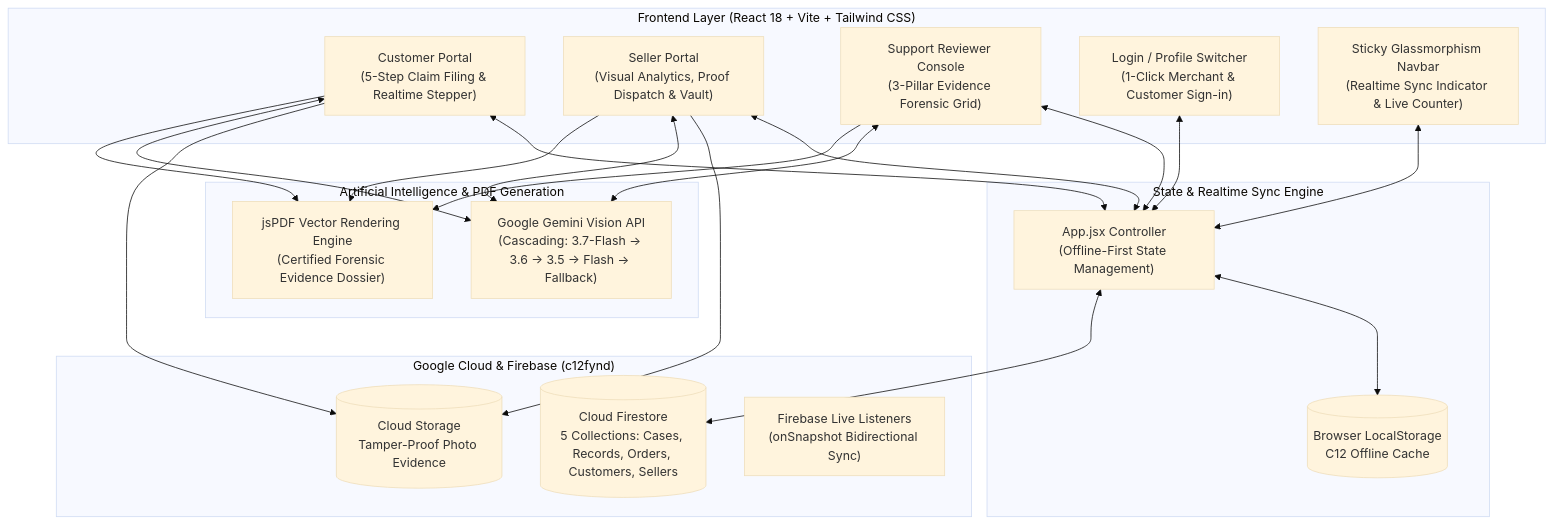
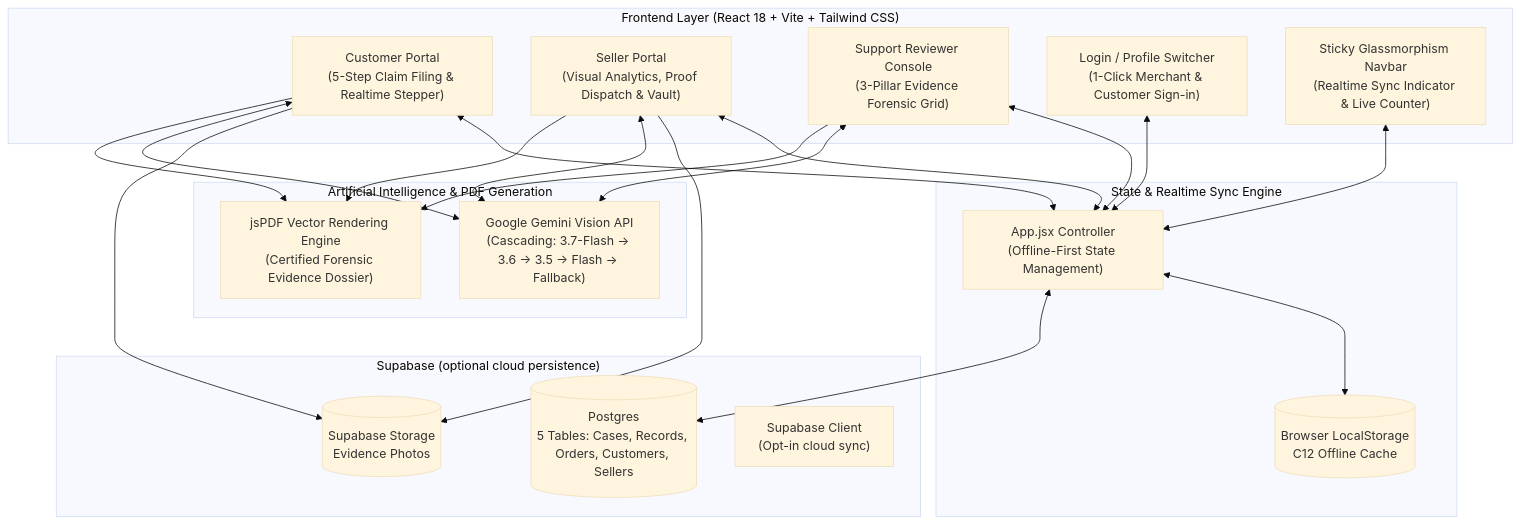
Before and after one commit to SaiRishitha08/Damaged-Product-Evidence-Assistant: the first of 3 diagrams in README.md, drawn with Mermaid (base theme). The commit also changed other lines of this file and 8 other files, not shown here.

Commit message:
refactor: remove firebase and prepare supabase

````diff
--- a/README.md
+++ b/README.md
@@ -59,33 +59,33 @@
 ```mermaid
 flowchart TD
     subgraph Client["Frontend Layer (React 18 + Vite + Tailwind CSS)"]
         CP["Customer Portal\n(5-Step Claim Filing & Realtime Stepper)"]
         SP["Seller Portal\n(Visual Analytics, Proof Dispatch & Vault)"]
         RC["Support Reviewer Console\n(3-Pillar Evidence Forensic Grid)"]
         AUTH["Login / Profile Switcher\n(1-Click Merchant & Customer Sign-in)"]
         NAV["Sticky Glassmorphism Navbar\n(Realtime Sync Indicator & Live Counter)"]
     end
 
     subgraph Controller["State & Realtime Sync Engine"]
         APP["App.jsx Controller\n(Offline-First State Management)"]
         CACHE[("Browser LocalStorage\nC12 Offline Cache")]
     end
 
-    subgraph Backend["Google Cloud & Firebase (c12fynd)"]
-        FS[("Cloud Firestore\n5 Collections: Cases, Records, Orders, Customers, Sellers")]
-        ST[("Cloud Storage\nTamper-Proof Photo Evidence")]
-        AUTH_FB["Firebase Live Listeners\n(onSnapshot Bidirectional Sync)"]
+    subgraph Backend["Supabase (optional cloud persistence)"]
+        FS[("Postgres\n5 Tables: Cases, Records, Orders, Customers, Sellers")]
+        ST[("Supabase Storage\nEvidence Photos")]
+        AUTH_FB["Supabase Client\n(Opt-in cloud sync)"]
     end
 
     subgraph AI["Artificial Intelligence & PDF Generation"]
         GEMINI["Google Gemini Vision API\n(Cascading: 3.7-Flash -> 3.6 -> 3.5 -> Flash -> Fallback)"]
         PDF["jsPDF Vector Rendering Engine\n(Certified Forensic Evidence Dossier)"]
     end
 
     CP & SP & RC & AUTH & NAV <--> APP
     APP <--> CACHE
     APP <--> FS
     CP & SP --> ST
     CP & SP & RC <--> GEMINI
     CP & SP & RC --> PDF
 ```
````
